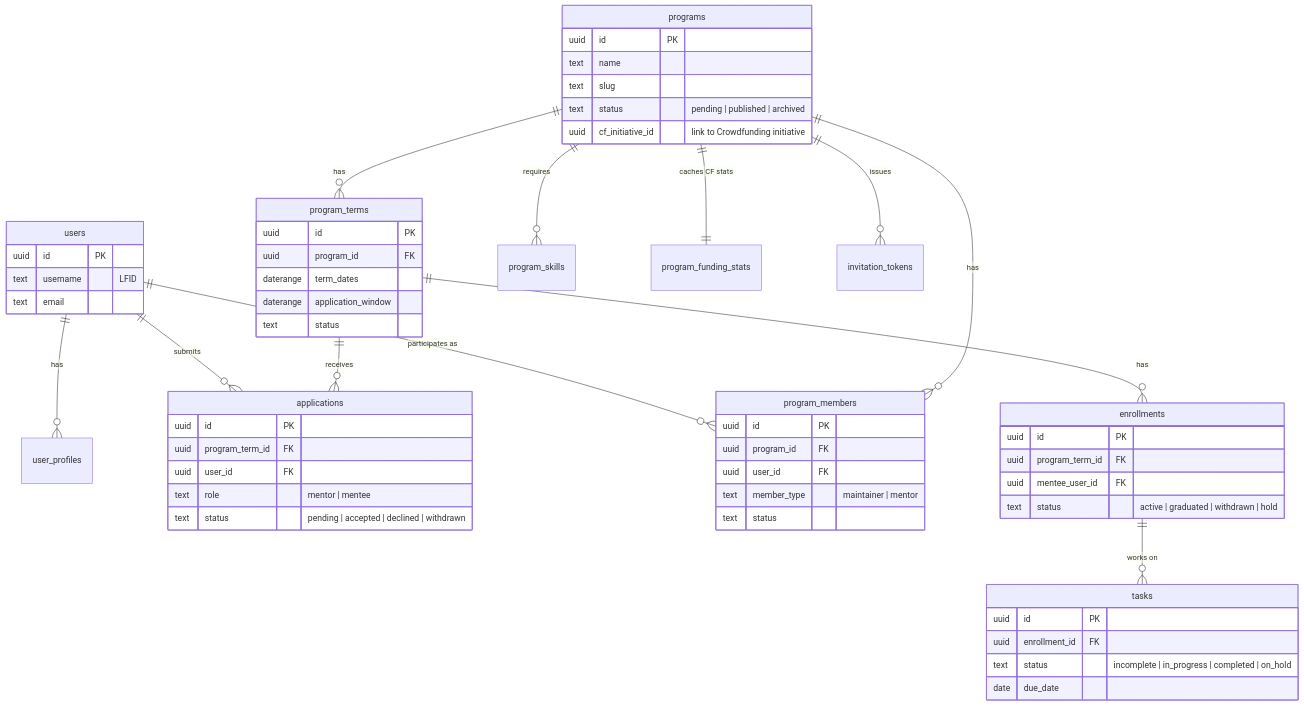
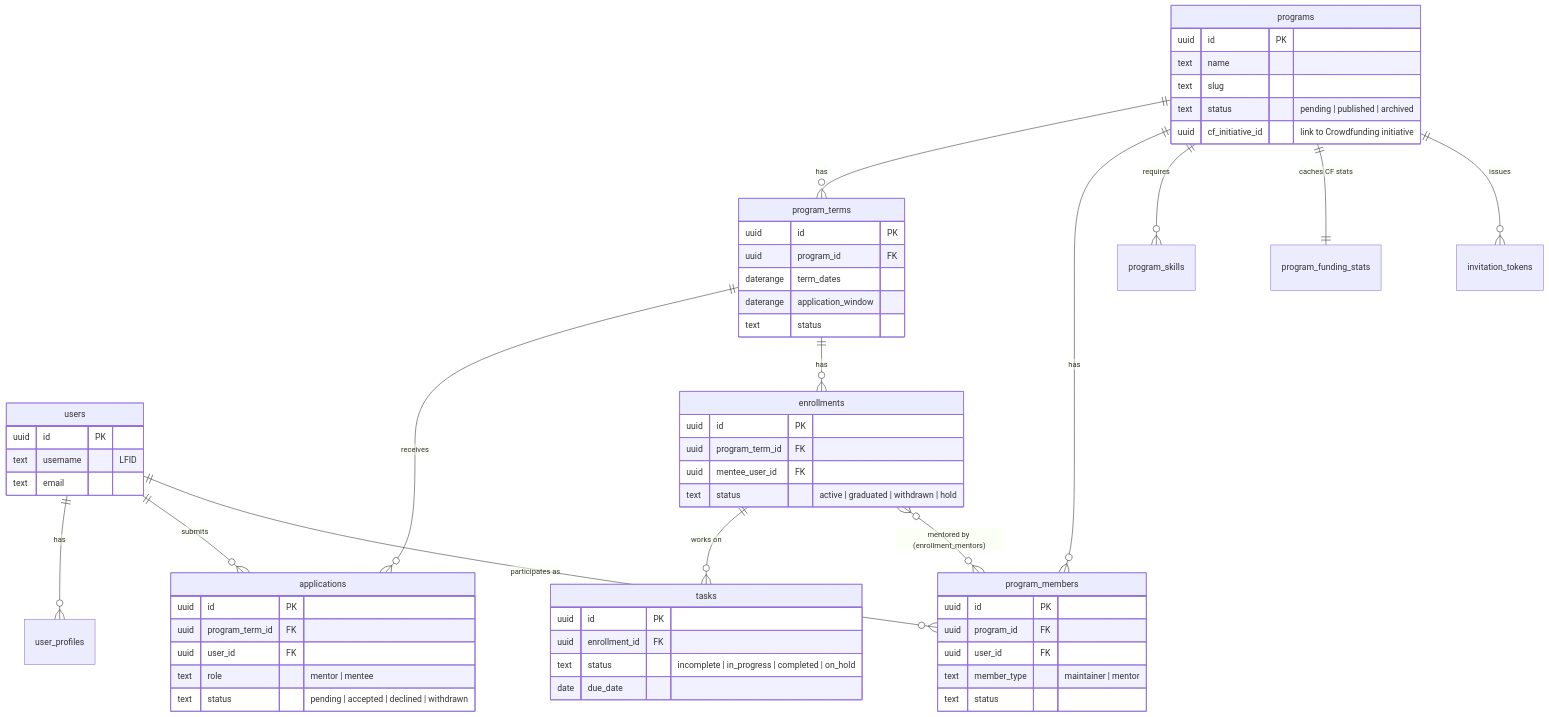
Before and after one commit to linuxfoundation/lfx-mentorship: the second of 2 diagrams in docs/rewrite/02-target-architecture.md, drawn with Mermaid. The commit also changed other lines of this file and 1 other file, not shown here.

````diff
--- a/docs/rewrite/02-target-architecture.md
+++ b/docs/rewrite/02-target-architecture.md
@@ -84,60 +84,61 @@
 ```mermaid
 erDiagram
     users ||--o{ user_profiles : has
     users ||--o{ applications : submits
     users ||--o{ program_members : "participates as"
     programs ||--o{ program_terms : has
     programs ||--o{ program_members : has
     programs ||--o{ program_skills : requires
     programs ||--|| program_funding_stats : "caches CF stats"
     program_terms ||--o{ applications : receives
     program_terms ||--o{ enrollments : has
     enrollments ||--o{ tasks : "works on"
+    enrollments }o--o{ program_members : "mentored by (enrollment_mentors)"
     programs ||--o{ invitation_tokens : issues
 
     users {
         uuid id PK
         text username "LFID"
         text email
     }
     programs {
         uuid id PK
         text name
         text slug
         text status "pending | published | archived"
         uuid cf_initiative_id "link to Crowdfunding initiative"
     }
     program_terms {
         uuid id PK
         uuid program_id FK
         daterange term_dates
         daterange application_window
         text status
     }
     applications {
         uuid id PK
         uuid program_term_id FK
         uuid user_id FK
         text role "mentor | mentee"
         text status "pending | accepted | declined | withdrawn"
     }
     program_members {
         uuid id PK
         uuid program_id FK
         uuid user_id FK
         text member_type "maintainer | mentor"
         text status
     }
     enrollments {
         uuid id PK
         uuid program_term_id FK
         uuid mentee_user_id FK
         text status "active | graduated | withdrawn | hold"
     }
     tasks {
         uuid id PK
         uuid enrollment_id FK
         text status "incomplete | in_progress | completed | on_hold"
         date due_date
     }
 ```
````
